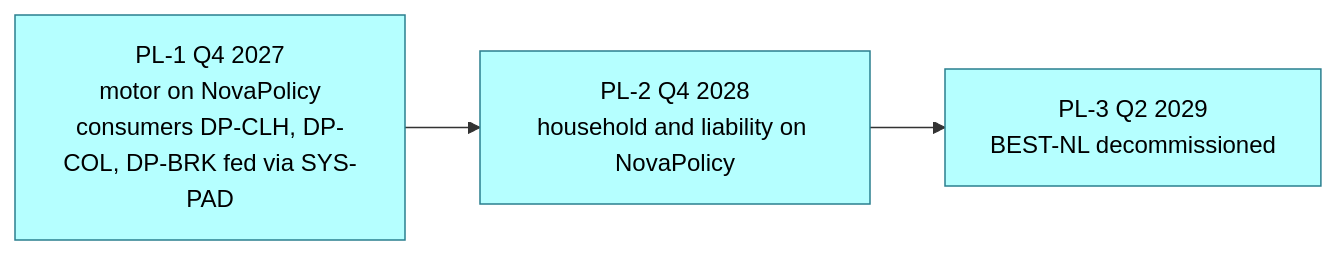
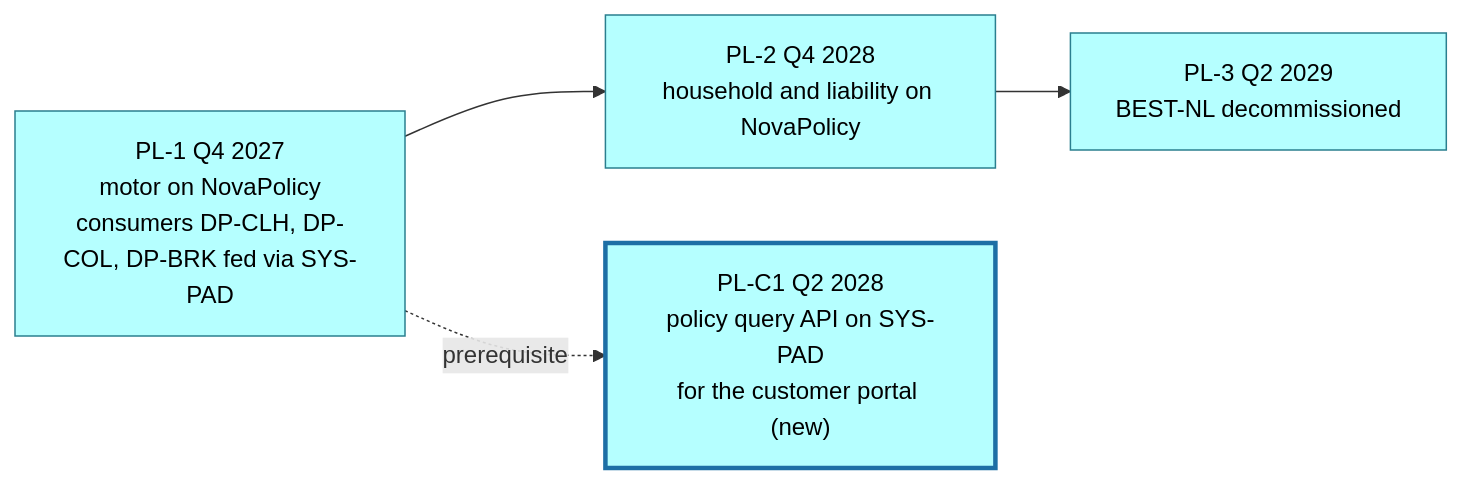
One commit to ArthurNeudeck/neudeck.gihub.io changed the fifth of 5 diagrams in docs/architecture/blueprints/example/02-domain-blueprint-product-policy.md. Above: the diagram before and after it, drawn with Mermaid. The commit also changed other lines of this file and 23 other files, not shown here.

First line of the commit message:
Extend example with customer portal and document enhancing target pictures

````diff
--- a/docs/architecture/blueprints/example/02-domain-blueprint-product-policy.md
+++ b/docs/architecture/blueprints/example/02-domain-blueprint-product-policy.md
@@ -198,17 +200,19 @@
 ```mermaid
 flowchart LR
   PL1["PL-1 Q4 2027<br/>motor on NovaPolicy<br/>consumers DP-CLH, DP-COL, DP-BRK fed via SYS-PAD"]:::app
   PL2["PL-2 Q4 2028<br/>household and liability on NovaPolicy"]:::app
   PL3["PL-3 Q2 2029<br/>BEST-NL decommissioned"]:::app
+  PLC1["PL-C1 Q2 2028<br/>policy query API on SYS-PAD<br/>for the customer portal (new)"]:::new
   PL1 --> PL2 --> PL3
+  PL1 -.->|prerequisite| PLC1
   classDef app fill:#b5ffff,stroke:#2a7f8f,color:#000
   classDef biz fill:#ffffb5,stroke:#a89a2b,color:#000
   classDef tech fill:#c9e7b7,stroke:#4b7f3a,color:#000
   classDef ext fill:#eeeeee,stroke:#888,color:#000
   classDef red fill:#f5a3a3,stroke:#b03030,color:#000
   classDef amber fill:#ffd591,stroke:#c98a00,color:#000
   classDef green fill:#b7e4b0,stroke:#3c8a32,color:#000
   classDef temp fill:#ffffff,stroke:#888,stroke-dasharray:5 5,color:#000
   classDef legacy fill:#dddddd,stroke:#777,color:#444
   classDef new fill:#b5ffff,stroke:#1d6fa5,stroke-width:3px,color:#000
 ```
````
